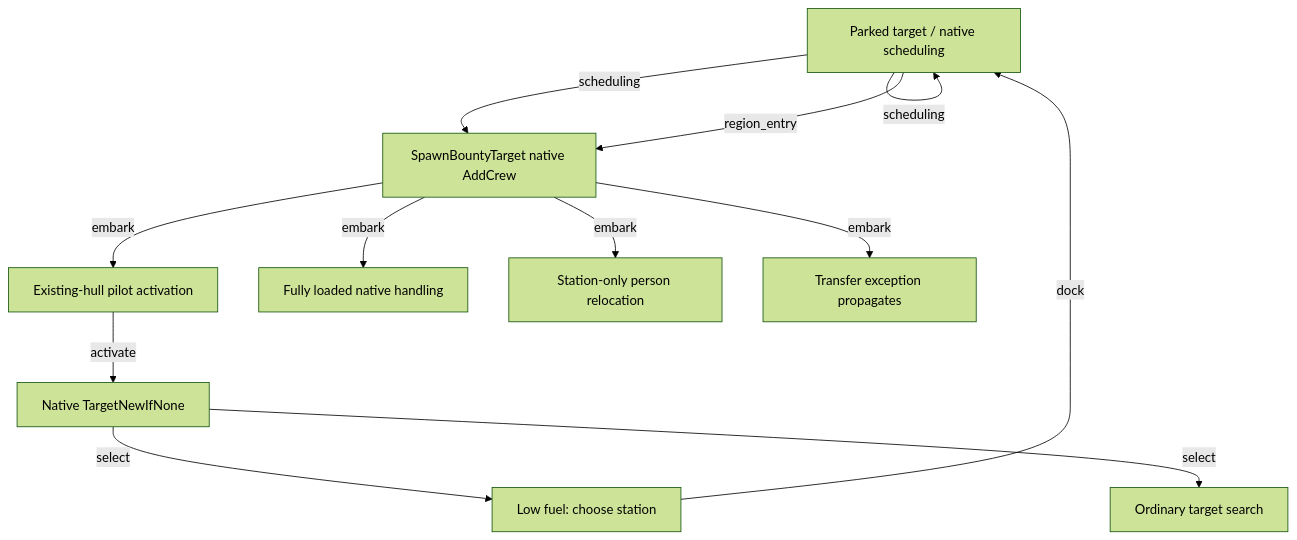
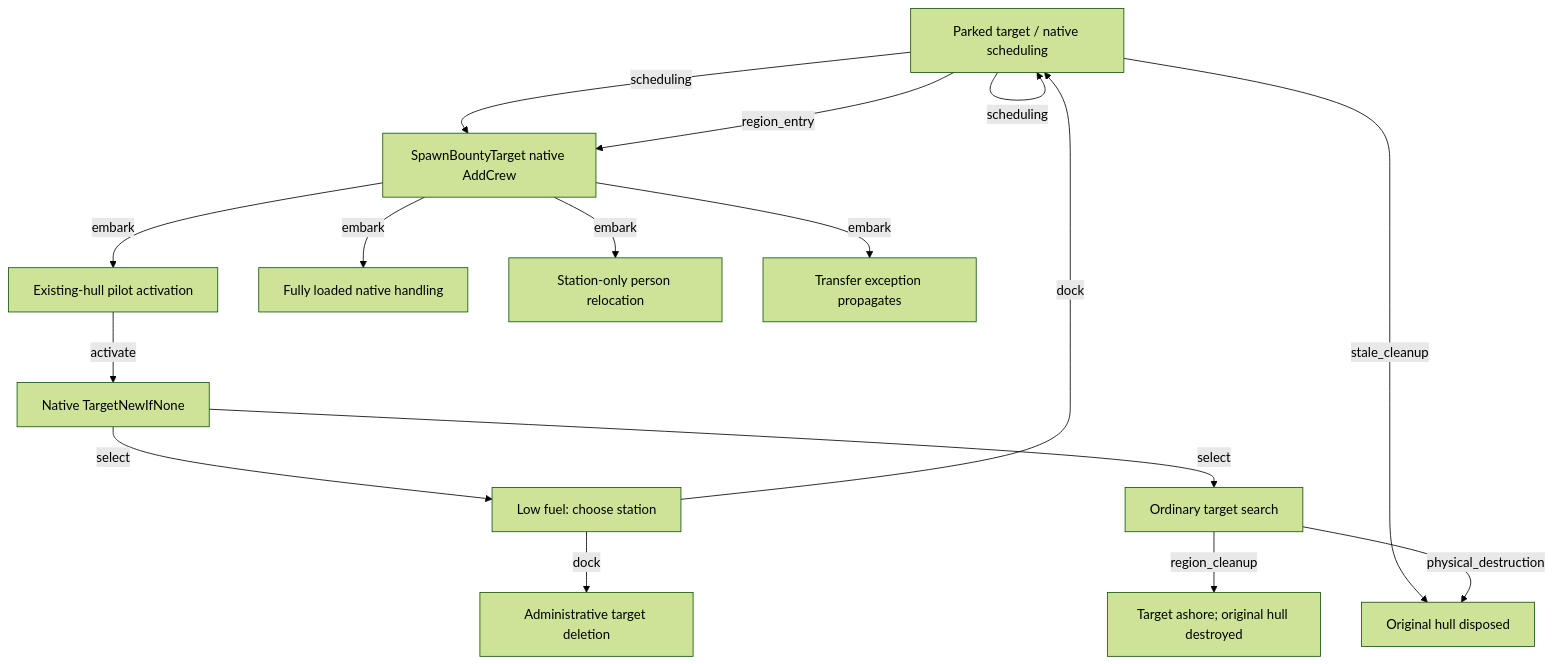
One commit to getoutohere/Ostrabus changed the diagram in Navigation/BehaviorGraph/Bounty/VANILLA.md. Above: the diagram before and after it, drawn with Mermaid (forest theme). The commit also changed other lines of this file and 314 other files, not shown here.

````diff
--- a/Navigation/BehaviorGraph/Bounty/VANILLA.md
+++ b/Navigation/BehaviorGraph/Bounty/VANILLA.md
@@ -9,24 +9,31 @@
 ```mermaid
 flowchart TD
   n_parked["Parked target / native scheduling"]
   n_boarding["SpawnBountyTarget native AddCrew"]
   n_activate["Existing-hull pilot activation"]
   n_physical["Fully loaded native handling"]
   n_station_move["Station-only person relocation"]
   n_failure["Transfer exception propagates"]
   n_choose["Native TargetNewIfNone"]
   n_home["Low fuel: choose station"]
   n_ordinary["Ordinary target search"]
+  n_target_missing["Administrative target deletion"]
+  n_hull_missing["Original hull disposed"]
+  n_replacement_pending["Target ashore; original hull destroyed"]
   n_parked -->|"scheduling"| n_parked
   n_parked -->|"scheduling"| n_parked
   n_parked -->|"scheduling"| n_boarding
   n_parked -->|"region_entry"| n_boarding
   n_boarding -->|"embark"| n_activate
   n_boarding -->|"embark"| n_physical
   n_boarding -->|"embark"| n_station_move
   n_boarding -->|"embark"| n_failure
   n_activate -->|"activate"| n_choose
   n_choose -->|"select"| n_home
   n_choose -->|"select"| n_ordinary
   n_home -->|"dock"| n_parked
+  n_home -->|"dock"| n_target_missing
+  n_parked -->|"stale_cleanup"| n_hull_missing
+  n_ordinary -->|"region_cleanup"| n_replacement_pending
+  n_ordinary -->|"physical_destruction"| n_hull_missing
 ```
````
